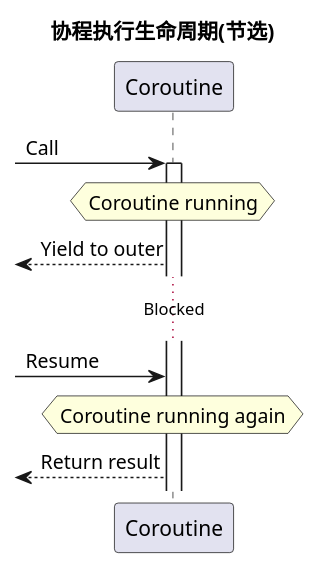
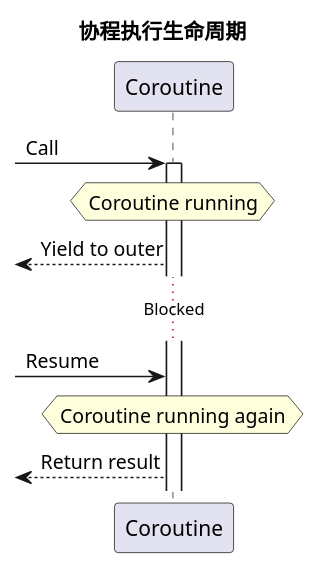
One commit to shabbywu/blog changed the diagram in blog/_posts/2020-01-13-What_Diff_for yield, yield from and await.md. Above: the diagram before and after it, drawn with PlantUML. The commit also changed other lines of this file and 5 other files, not shown here.

````diff
--- a/blog/_posts/2020-01-13-What_Diff_for yield, yield from and await.md
+++ b/blog/_posts/2020-01-13-What_Diff_for yield, yield from and await.md
@@ -73,11 +104,11 @@
-```uml
-title 协程执行生命周期(节选)
+@startuml
+title 协程执行生命周期
 [-> Coroutine: Call
 activate Coroutine
 hnote over Coroutine: Coroutine running
 [<-- Coroutine: Yield to outer
 ... Blocked ...
 [-> Coroutine: Resume  
 hnote over Coroutine: Coroutine running again
 [<-- Coroutine: Return result
-```
+@enduml
````
